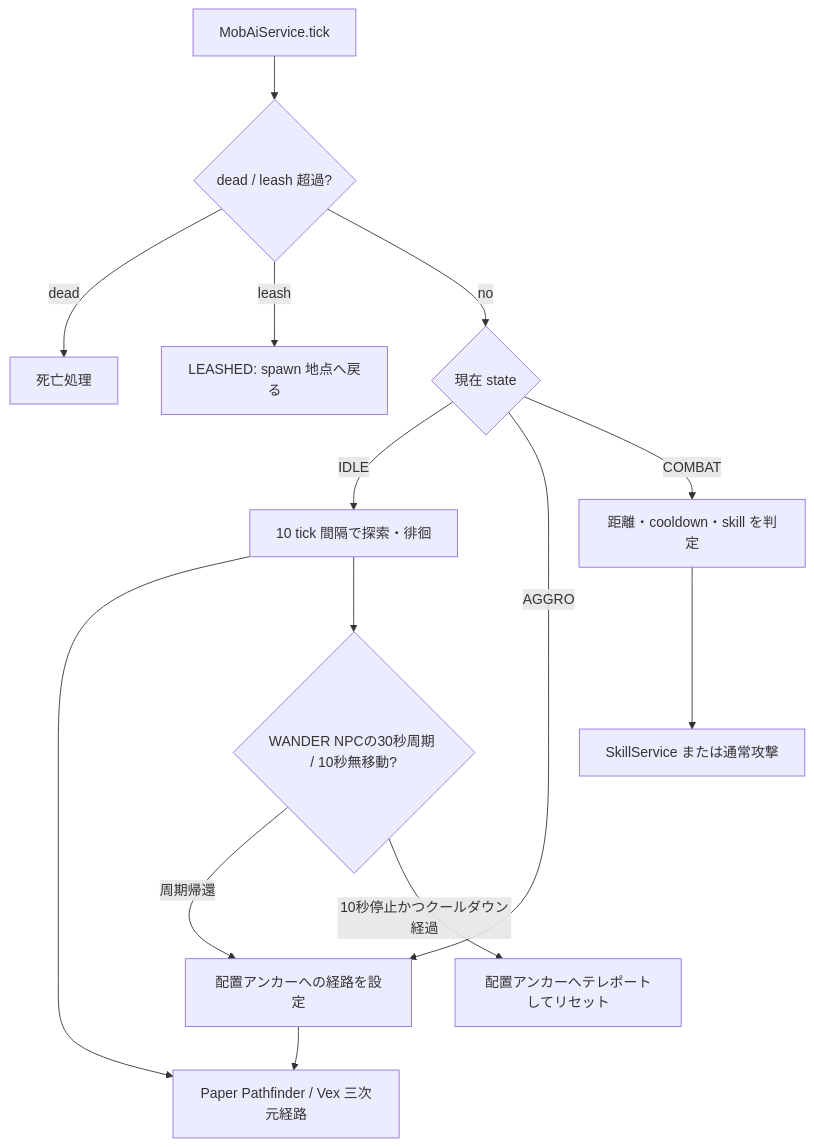
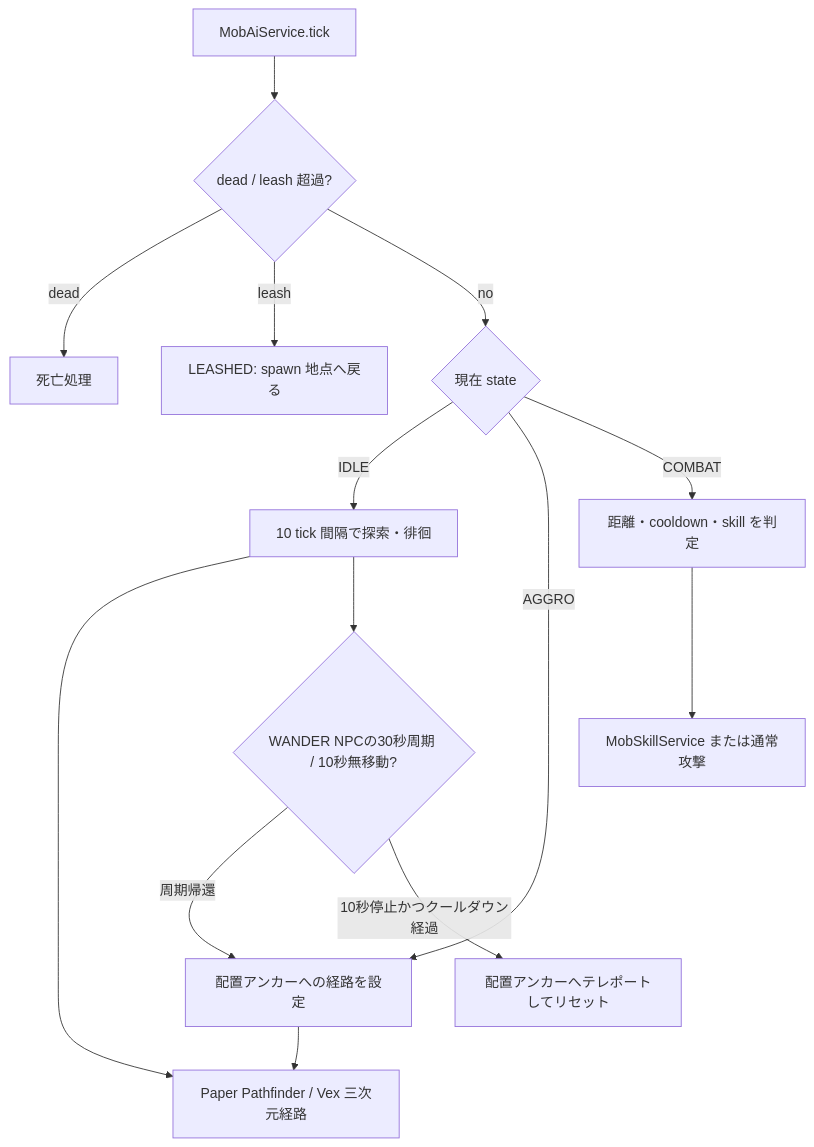
One commit to maaasu/AstralRecord-Workspace changed the second of 7 diagrams in 00_docs/10_Plugin設計書/feature/12-mob/12_4-統合フロー.md. Above: the diagram before and after it, drawn with Mermaid. The commit also changed other lines of this file and 34 other files, not shown here.

````diff
--- a/00_docs/10_Plugin設計書/feature/12-mob/12_4-統合フロー.md
+++ b/00_docs/10_Plugin設計書/feature/12-mob/12_4-統合フロー.md
@@ -44,16 +44,16 @@
 ```mermaid
 flowchart TD
     T[MobAiService.tick] --> D{dead / leash 超過?}
     D -- dead --> X[死亡処理]
     D -- leash --> L[LEASHED: spawn 地点へ戻る]
     D -- no --> S{現在 state}
     S -- IDLE --> I[10 tick 間隔で探索・徘徊]
     S -- AGGRO --> A[5 tick 間隔で追跡]
     S -- COMBAT --> C[距離・cooldown・skill を判定]
     I --> P[Paper Pathfinder / Vex 三次元経路]
     I --> R{WANDER NPCの30秒周期 / 10秒無移動?}
     R -- 周期帰還 --> A[配置アンカーへの経路を設定]
     R -- 10秒停止かつクールダウン経過 --> Z[配置アンカーへテレポートしてリセット]
     A --> P
-    C --> K[SkillService または通常攻撃]
+    C --> K[MobSkillService または通常攻撃]
 ```
````
